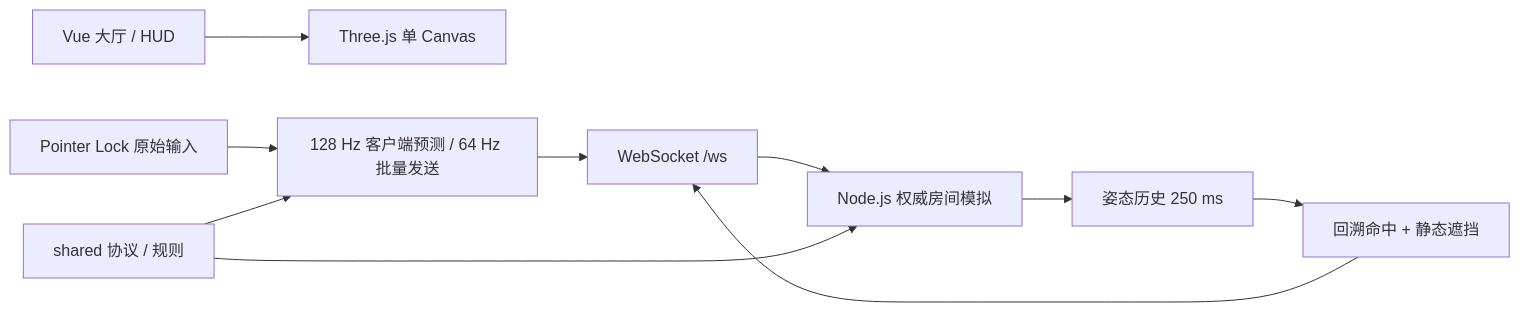
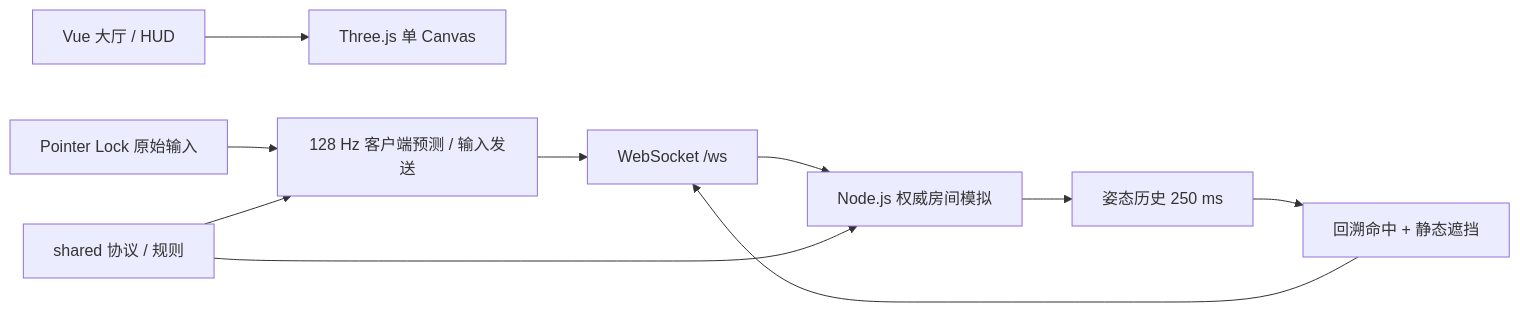
Before and after one commit to Lucasliu251/TrashBox: the diagram in game/README.md, drawn with Mermaid. The commit also changed other lines of this file and 27 other files, not shown here.

````diff
--- a/game/README.md
+++ b/game/README.md
@@ -50,12 +50,12 @@
 ```mermaid
 flowchart LR
   A["Vue 大厅 / HUD"] --> B["Three.js 单 Canvas"]
-  C["Pointer Lock 原始输入"] --> D["128 Hz 客户端预测 / 64 Hz 批量发送"]
+  C["Pointer Lock 原始输入"] --> D["128 Hz 客户端预测 / 输入发送"]
   D --> E["WebSocket /ws"]
   E --> F["Node.js 权威房间模拟"]
   F --> G["姿态历史 250 ms"]
   G --> H["回溯命中 + 静态遮挡"]
   H --> E
   I["shared 协议 / 规则"] --> D
   I --> F
 ```
````
